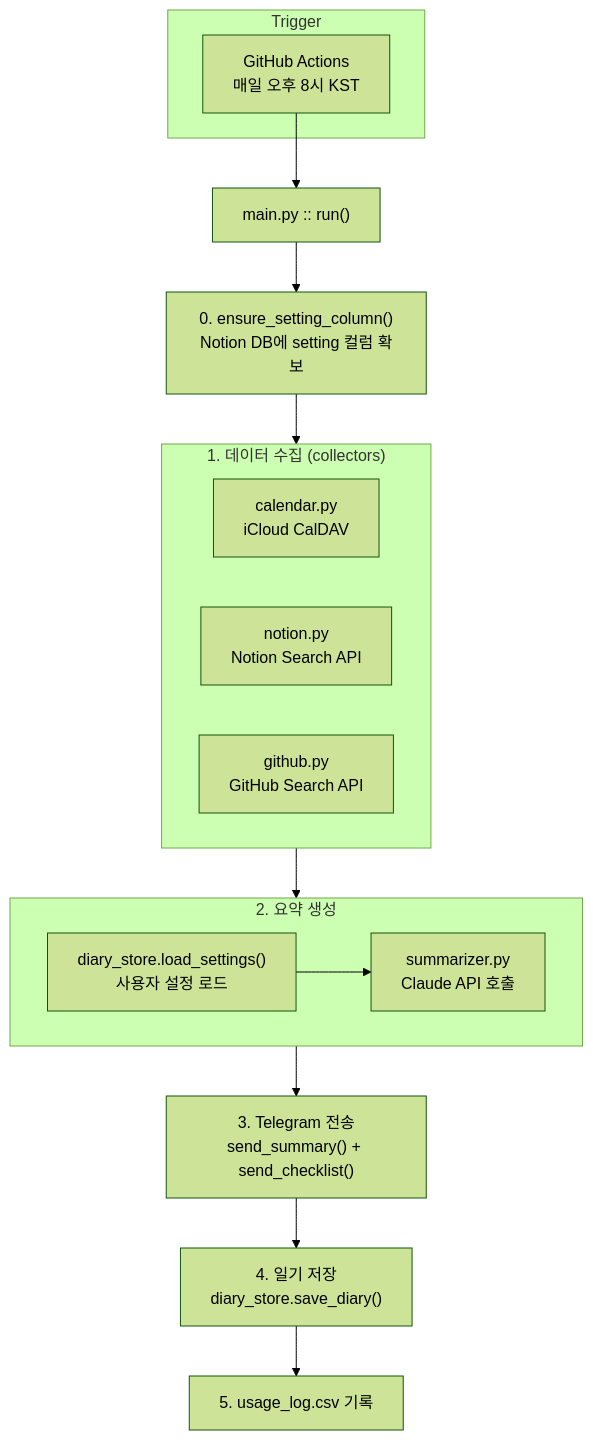
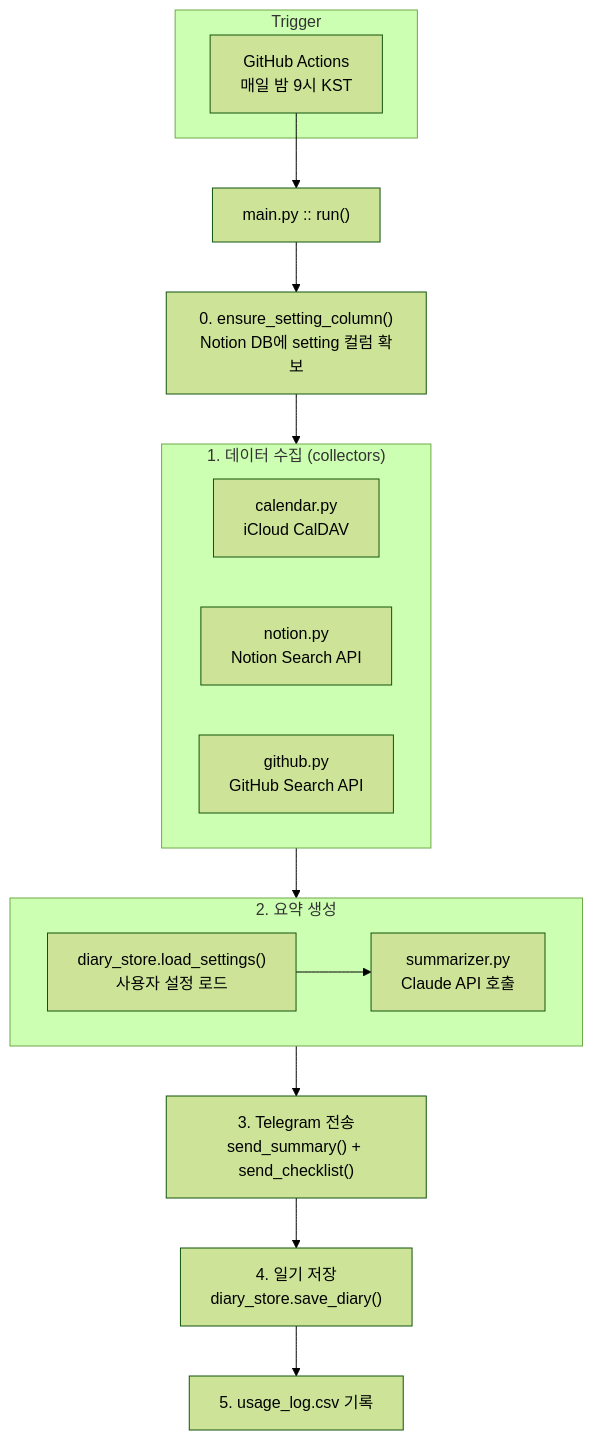
Before and after one commit to yeonwooz/haru-bot: the first of 5 diagrams in diagram.md, drawn with Mermaid (forest theme). The commit also changed 15 other files, not shown here.

````diff
--- a/diagram.md
+++ b/diagram.md
@@ -8,29 +8,29 @@
 ```mermaid
 flowchart TD
     subgraph Trigger
-        GHA["GitHub Actions<br/>매일 오후 8시 KST"]
+        GHA["GitHub Actions<br/>매일 밤 9시 KST"]
     end
 
     GHA --> MAIN["main.py :: run()"]
 
     MAIN --> STEP0["0. ensure_setting_column()<br/>Notion DB에 setting 컬럼 확보"]
     STEP0 --> STEP1
 
     subgraph STEP1["1. 데이터 수집 (collectors)"]
         CAL["calendar.py<br/>iCloud CalDAV"]
         NOTION_C["notion.py<br/>Notion Search API"]
         GH["github.py<br/>GitHub Search API"]
     end
 
     STEP1 --> STEP2
 
     subgraph STEP2["2. 요약 생성"]
         SETTINGS["diary_store.load_settings()<br/>사용자 설정 로드"]
         SUMMARIZER["summarizer.py<br/>Claude API 호출"]
         SETTINGS --> SUMMARIZER
     end
 
     STEP2 --> STEP3["3. Telegram 전송<br/>send_summary() + send_checklist()"]
     STEP3 --> STEP4["4. 일기 저장<br/>diary_store.save_diary()"]
     STEP4 --> STEP5["5. usage_log.csv 기록"]
 ```
````
